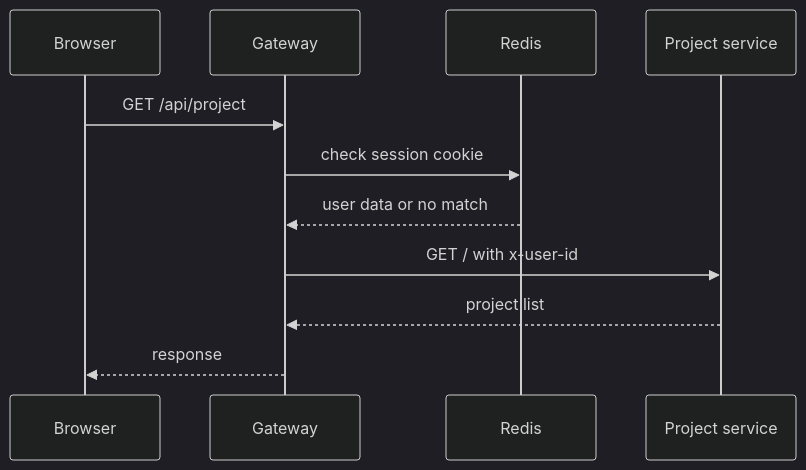
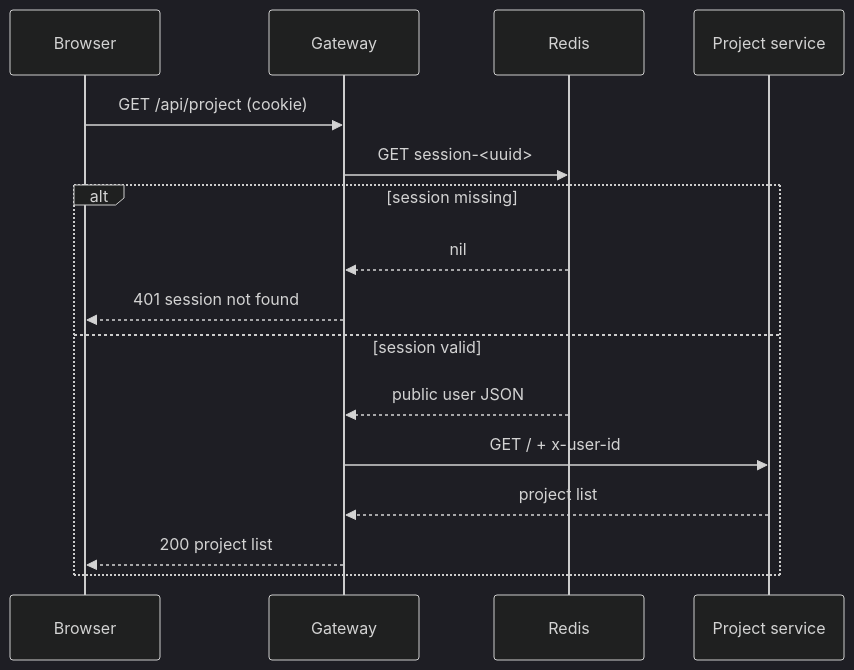
The fourth of 4 diagrams in docs/backend/gateway.md (yamanhassan1/NexPulse), drawn with Mermaid (dark theme) before and after one commit. The commit also changed other lines of this file and 33 other files, not shown here.

Commit message:
docs: add contributing, deployment, troubleshooting, and reference guides; update roadmap

````diff
--- a/docs/backend/gateway.md
+++ b/docs/backend/gateway.md
@@ -91,14 +286,19 @@
 ```mermaid
 sequenceDiagram
     participant B as Browser
     participant G as Gateway
     participant R as Redis
     participant P as Project service
 
-    B->>G: GET /api/project
-    G->>R: check session cookie
-    R-->>G: user data or no match
-    G->>P: GET / with x-user-id
-    P-->>G: project list
-    G-->>B: response
+    B->>G: GET /api/project (cookie)
+    G->>R: GET session-<uuid>
+    alt session missing
+        R-->>G: nil
+        G-->>B: 401 session not found
+    else session valid
+        R-->>G: public user JSON
+        G->>P: GET / + x-user-id
+        P-->>G: project list
+        G-->>B: 200 project list
+    end
 ```
````
